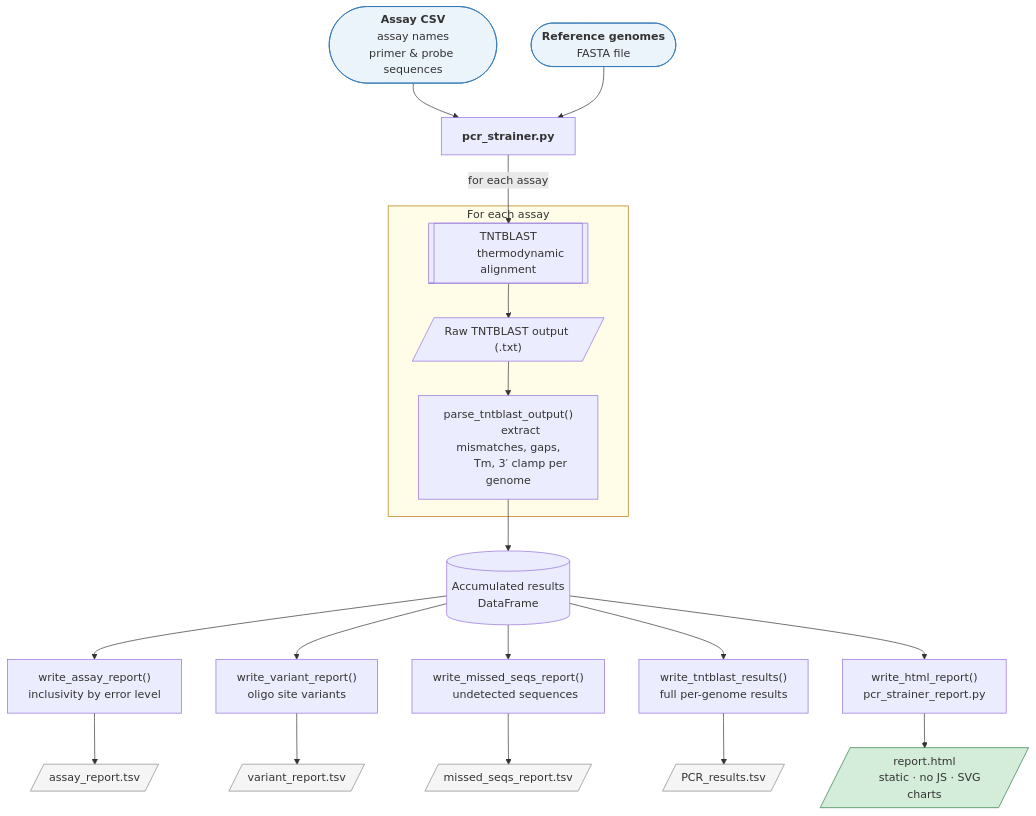
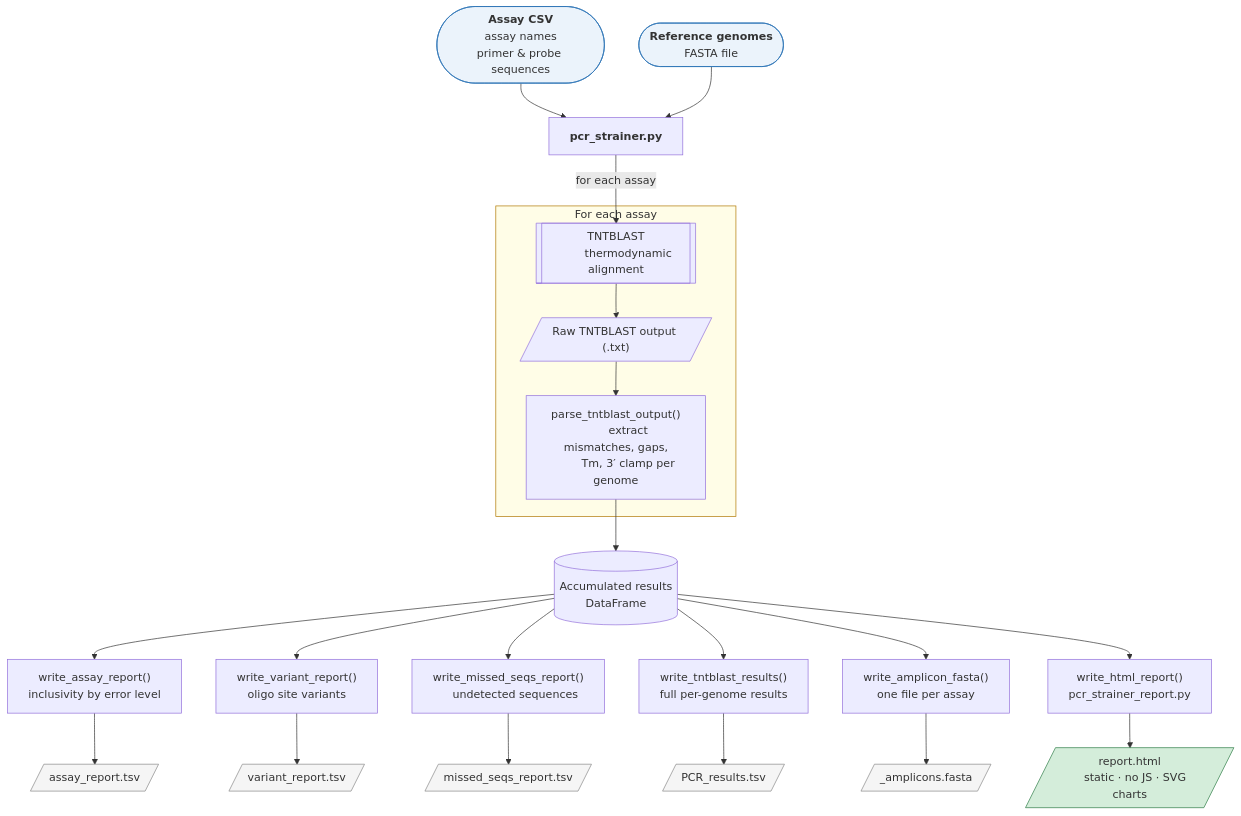
One commit to BCCDC-PHL/PCR_strainer changed the diagram in README.md. Above: the diagram before and after it, drawn with Mermaid. The commit also changed other lines of this file and 2 other files, not shown here.

Commit message:
fix(probe): correct reverse-strand probe site alignment; add version provenance and sequence counts

````diff
--- a/README.md
+++ b/README.md
@@ -11,52 +11,56 @@
 ```mermaid
 flowchart TD
     A(["`**Assay CSV**
     assay names
     primer & probe sequences`"]) --> C
 
     B(["`**Reference genomes**
     FASTA file`"]) --> C
 
     C["`**pcr_strainer.py**`"]
 
     C -->|"for each assay"| D
 
     subgraph tntblast ["For each assay"]
         D[["TNTBLAST
         thermodynamic alignment"]]
         D --> E[/"Raw TNTBLAST output (.txt)"/]
         E --> F["parse_tntblast_output()
         extract mismatches, gaps,
         Tm, 3′ clamp per genome"]
     end
 
     F --> G[("Accumulated results
     DataFrame")]
 
     G --> H["write_assay_report()
     inclusivity by error level"]
     G --> I["write_variant_report()
     oligo site variants"]
     G --> J["write_missed_seqs_report()
     undetected sequences"]
     G --> K["write_tntblast_results()
     full per-genome results"]
-    G --> L["write_html_report()
+    G --> L["write_amplicon_fasta()
+    one file per assay"]
+    G --> M["write_html_report()
     pcr_strainer_report.py"]
 
-    H --> M[/"assay_report.tsv"/]
-    I --> N[/"variant_report.tsv"/]
-    J --> O[/"missed_seqs_report.tsv"/]
-    K --> P[/"PCR_results.tsv"/]
-    L --> Q[/"report.html
+    H --> N[/"assay_report.tsv"/]
+    I --> O[/"variant_report.tsv"/]
+    J --> P[/"missed_seqs_report.tsv"/]
+    K --> Q[/"PCR_results.tsv"/]
+    L --> R[/"<assay>_amplicons.fasta"/]
+    M --> S[/"report.html
     static · no JS · SVG charts"/]
 
     style A fill:#EBF3FB,stroke:#2E75B6
     style B fill:#EBF3FB,stroke:#2E75B6
-    style Q fill:#D4EDDA,stroke:#2E7D46
-    style M fill:#F5F5F5,stroke:#888
+    style S fill:#D4EDDA,stroke:#2E7D46
     style N fill:#F5F5F5,stroke:#888
     style O fill:#F5F5F5,stroke:#888
     style P fill:#F5F5F5,stroke:#888
+    style Q fill:#F5F5F5,stroke:#888
+    style R fill:#F5F5F5,stroke:#888
     style tntblast fill:#FFFDE7,stroke:#B07800
 ```
````
